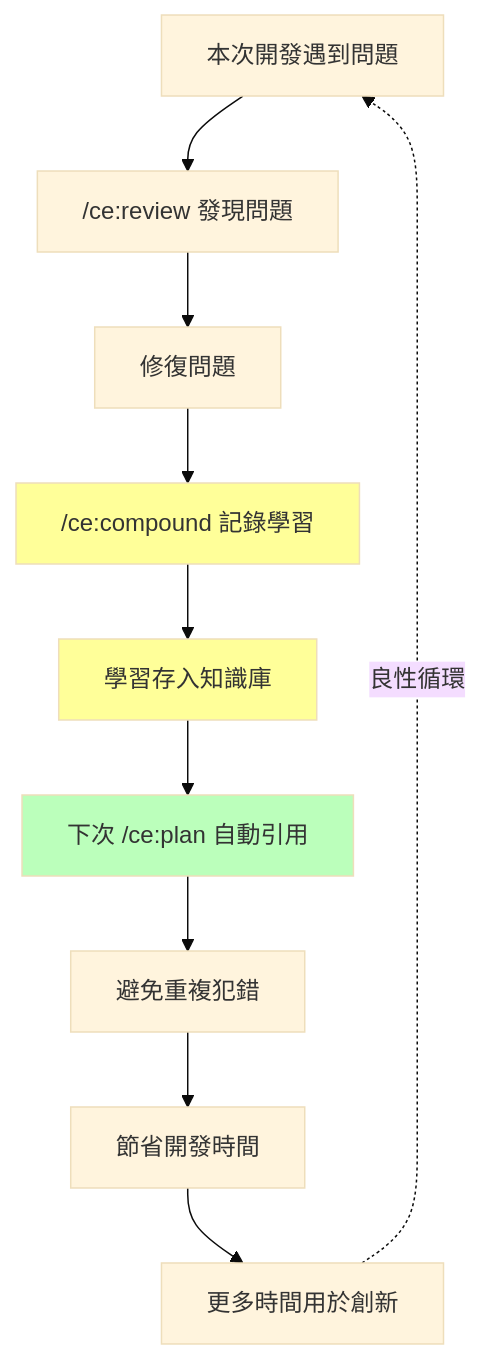
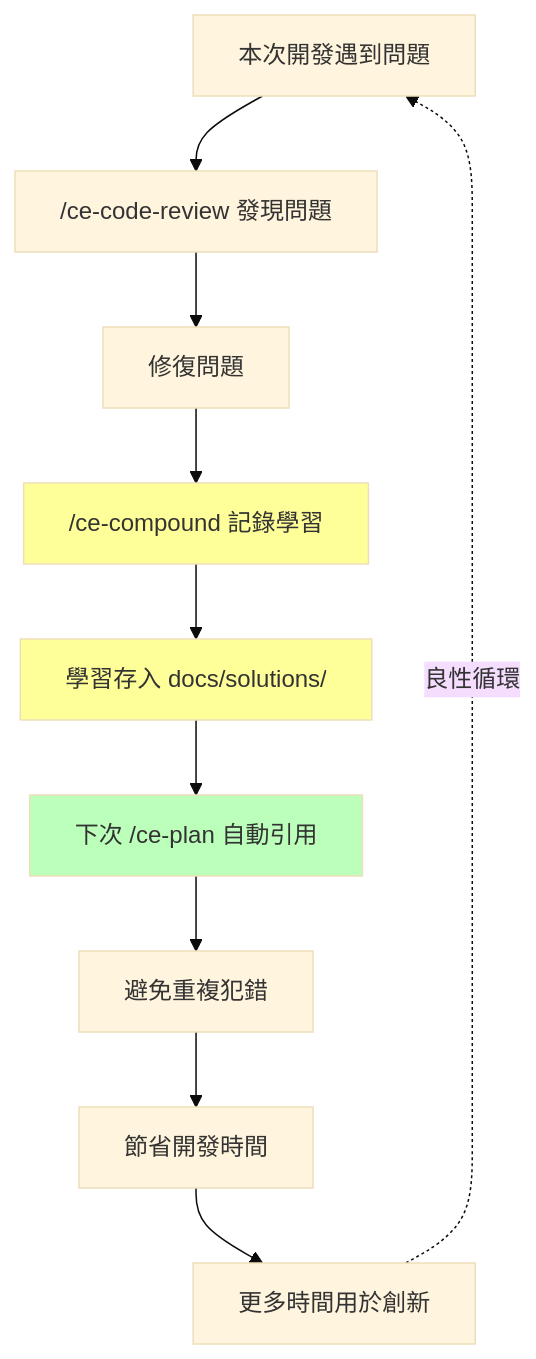
Before and after one commit to chihhung/Blog: the tenth of 14 diagrams in content/posts/教學/AI開發/Compound Engineering 教學手冊.md, drawn with Mermaid (base theme). The commit also changed other lines of this file and 22 other files, not shown here.

````diff
--- a/content/posts/教學/AI開發/Compound Engineering 教學手冊.md
+++ b/content/posts/教學/AI開發/Compound Engineering 教學手冊.md
@@ -1359,16 +1491,16 @@
 ```mermaid
 graph TD
-    A[本次開發遇到問題] --> B["/ce:review 發現問題"]
+    A[本次開發遇到問題] --> B["/ce-code-review 發現問題"]
     B --> C[修復問題]
-    C --> D["/ce:compound 記錄學習"]
-    D --> E[學習存入知識庫]
-    E --> F[下次 /ce:plan 自動引用]
+    C --> D["/ce-compound 記錄學習"]
+    D --> E[學習存入 docs/solutions/]
+    E --> F[下次 /ce-plan 自動引用]
     F --> G[避免重複犯錯]
     G --> H[節省開發時間]
     H --> I[更多時間用於創新]
     I -.->|良性循環| A
 
     style D fill:#ff9
     style E fill:#ff9
     style F fill:#bfb
 ```
````
